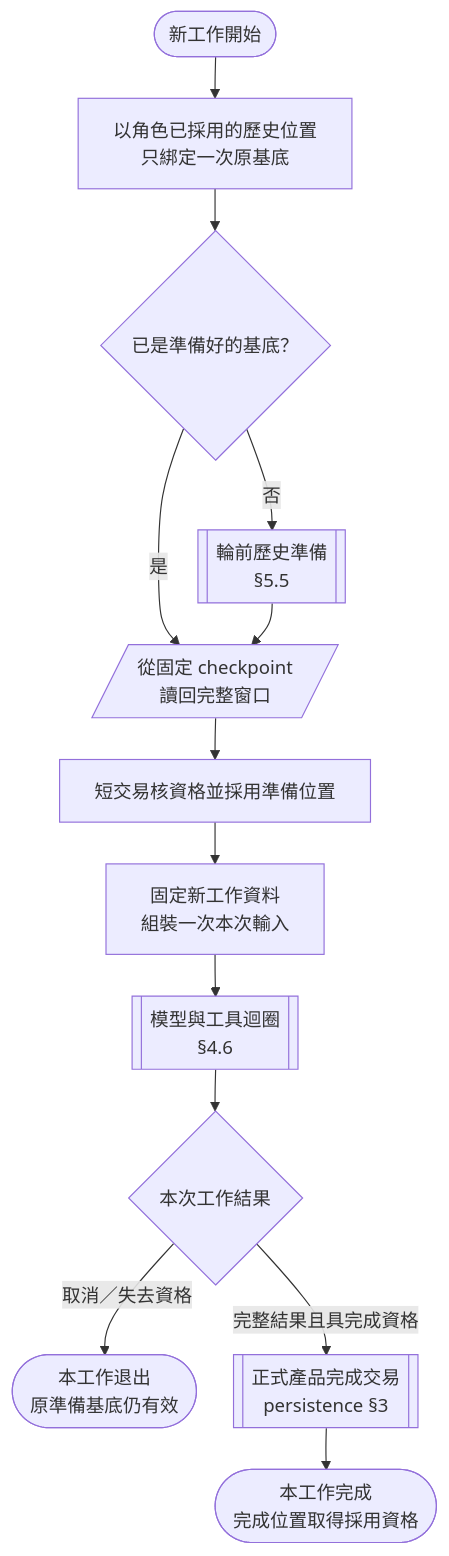
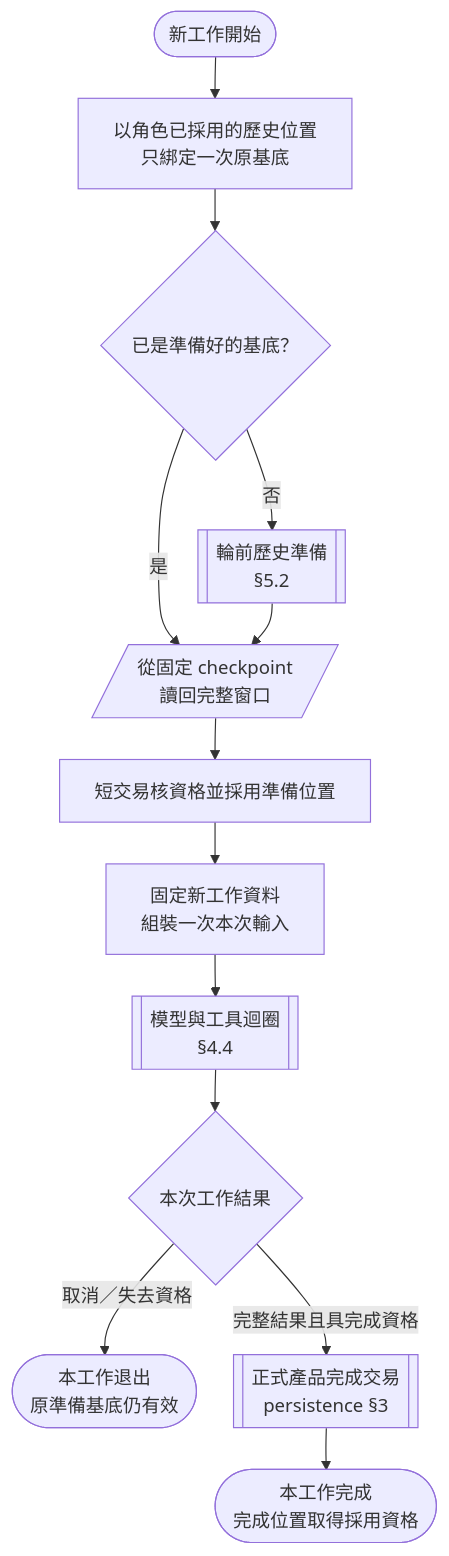
Before and after one commit to JD-Consultant/Caliburn: the diagram in docs/diagrams/implementation/agent-execution/history-adoption.mmd, drawn with Mermaid. The commit also changed 143 other files, not shown here.

Commit message:
docs: align architecture guides and diagrams with current implementation

```diff
--- a/docs/diagrams/implementation/agent-execution/history-adoption.mmd
+++ b/docs/diagrams/implementation/agent-execution/history-adoption.mmd
@@ -1,15 +1,16 @@
+%% title: 現行流程：跨工作的歷史採用
 %% legend: 膠囊：本圖起訖；矩形：處理；菱形：判斷；平行四邊形：資料交接；雙側線：子流程。
 %%{init: {"flowchart": {"wrappingWidth": 280, "nodeSpacing": 32, "rankSpacing": 36}}}%%
 flowchart TD
     H([新工作開始]) --> B[以角色已採用的歷史位置<br/>只綁定一次原基底]
     B --> P{已是準備好的基底？}
     P -->|是| R[/從固定 checkpoint<br/>讀回完整窗口/]
-    P -->|否| C[[輪前歷史準備<br/>§5.5]]
+    P -->|否| C[[輪前歷史準備<br/>§5.2]]
     C --> R
     R --> A[短交易核資格並採用準備位置]
     A --> I[固定新工作資料<br/>組裝一次本次輸入]
-    I --> G[[模型與工具迴圈<br/>§4.6]]
+    I --> G[[模型與工具迴圈<br/>§4.4]]
     G --> Q{本次工作結果}
     Q -->|取消／失去資格| X([本工作退出<br/>原準備基底仍有效])
     Q -->|完整結果且具完成資格| F[[正式產品完成交易<br/>persistence §3]]
     F --> D([本工作完成<br/>完成位置取得採用資格])
```
